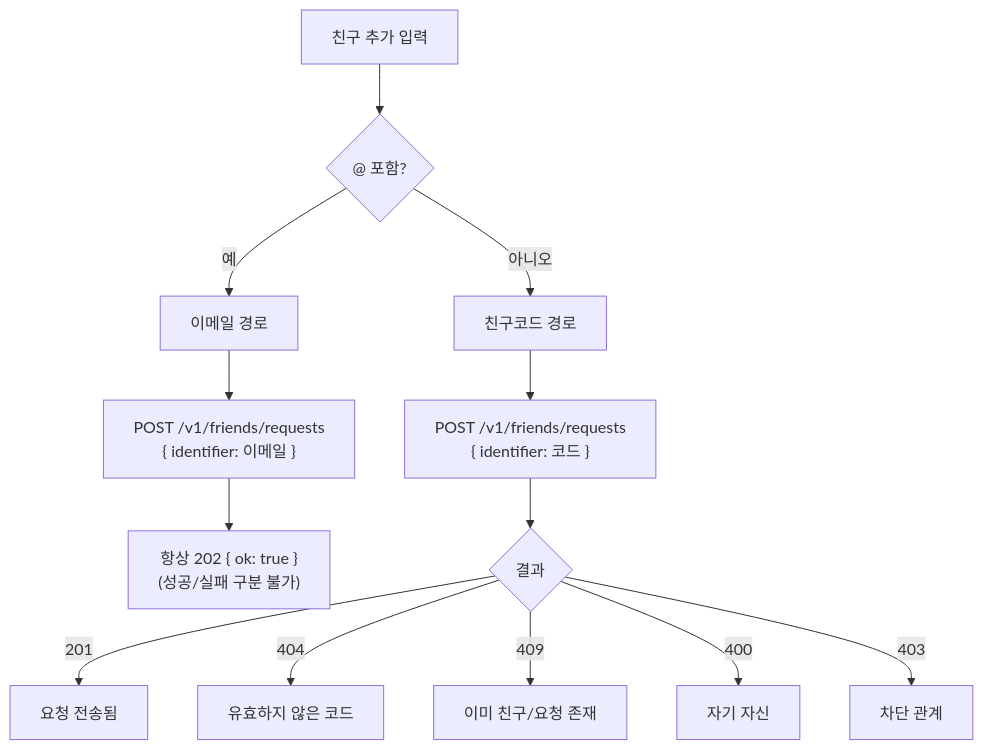
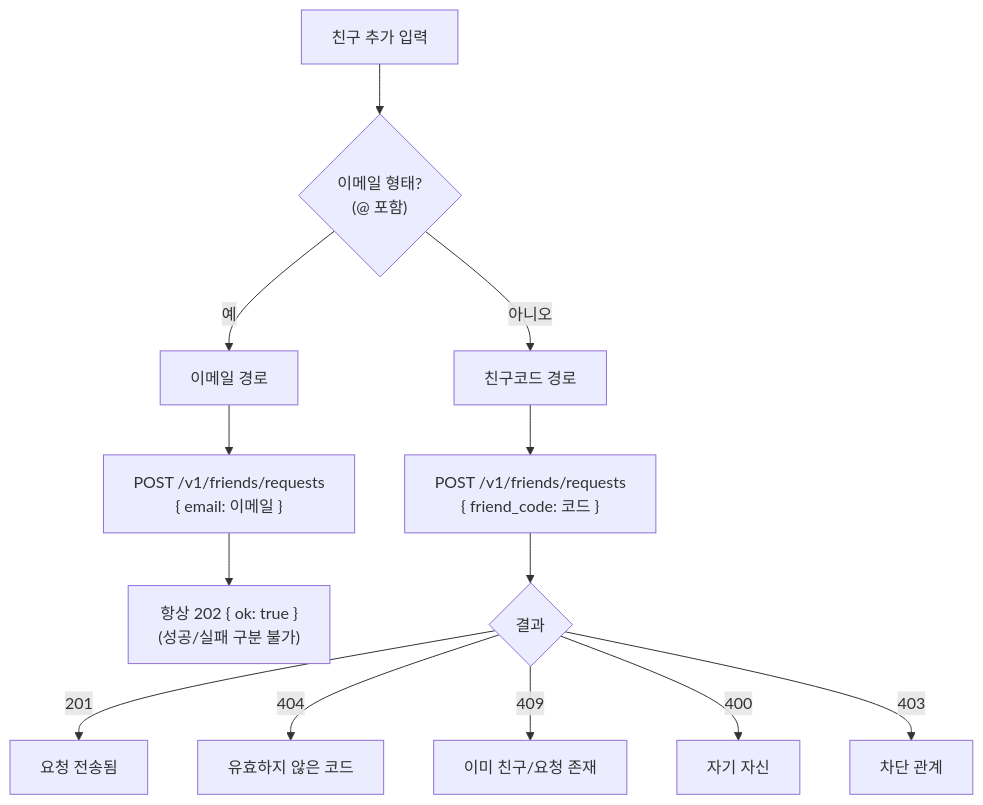
One commit to onprem-hipster-timer/backend changed the diagram in docs/guides/add-friend.ko.md. Above: the diagram before and after it, drawn with Mermaid. The commit also changed other lines of this file and 10 other files, not shown here.

First line of the commit message:
refactor(friends): take explicit email/friend_code instead of identifier

````diff
--- a/docs/guides/add-friend.ko.md
+++ b/docs/guides/add-friend.ko.md
@@ -18,15 +18,15 @@
 ```mermaid
 flowchart TD
-    A[친구 추가 입력] --> B{"@ 포함?"}
+    A[친구 추가 입력] --> B{"이메일 형태?<br/>(@ 포함)"}
     B -- 예 --> C[이메일 경로]
     B -- 아니오 --> D[친구코드 경로]
-    C --> E["POST /v1/friends/requests<br/>{ identifier: 이메일 }"]
-    D --> F["POST /v1/friends/requests<br/>{ identifier: 코드 }"]
+    C --> E["POST /v1/friends/requests<br/>{ email: 이메일 }"]
+    D --> F["POST /v1/friends/requests<br/>{ friend_code: 코드 }"]
     E --> G["항상 202 { ok: true }<br/>(성공/실패 구분 불가)"]
     F --> H{결과}
     H -- 201 --> I[요청 전송됨]
     H -- 404 --> J[유효하지 않은 코드]
     H -- 409 --> K[이미 친구/요청 존재]
     H -- 400 --> L[자기 자신]
     H -- 403 --> M[차단 관계]
 ```
````
